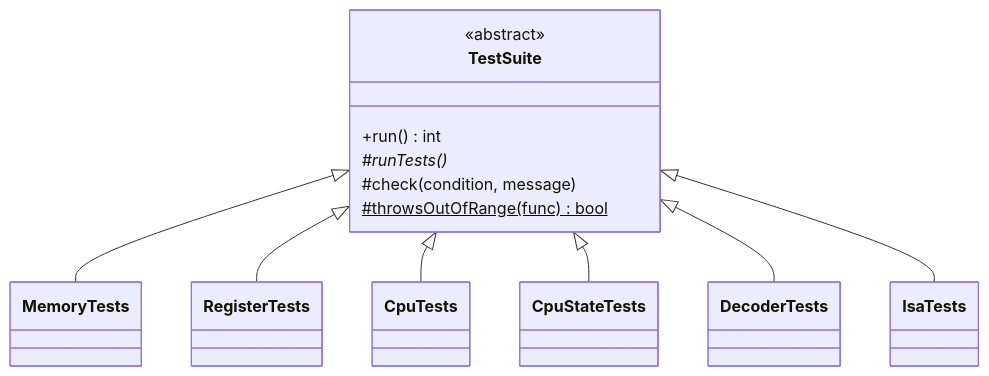
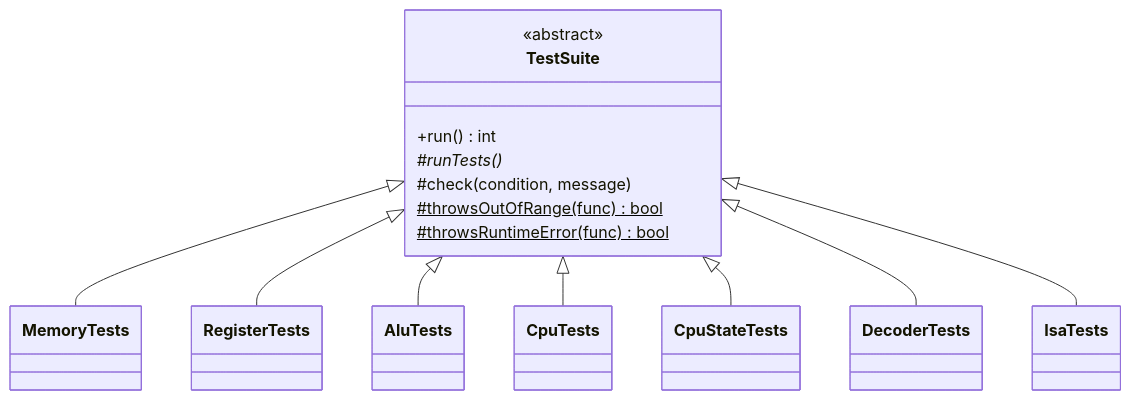
One commit to kpolet2010-hue/CoreSim changed the first of 2 diagrams in docs/TESTING.md. Above: the diagram before and after it, drawn with Mermaid. The commit also changed other lines of this file and 18 other files, not shown here.

````diff
--- a/docs/TESTING.md
+++ b/docs/TESTING.md
@@ -31,16 +32,18 @@
 ```mermaid
 classDiagram
     class TestSuite {
         <<abstract>>
         +run() int
         #runTests()*
         #check(condition, message)
         #throwsOutOfRange(func)$ bool
+        #throwsRuntimeError(func)$ bool
     }
     TestSuite <|-- MemoryTests
     TestSuite <|-- RegisterTests
+    TestSuite <|-- AluTests
     TestSuite <|-- CpuTests
     TestSuite <|-- CpuStateTests
     TestSuite <|-- DecoderTests
     TestSuite <|-- IsaTests
 ```
````
